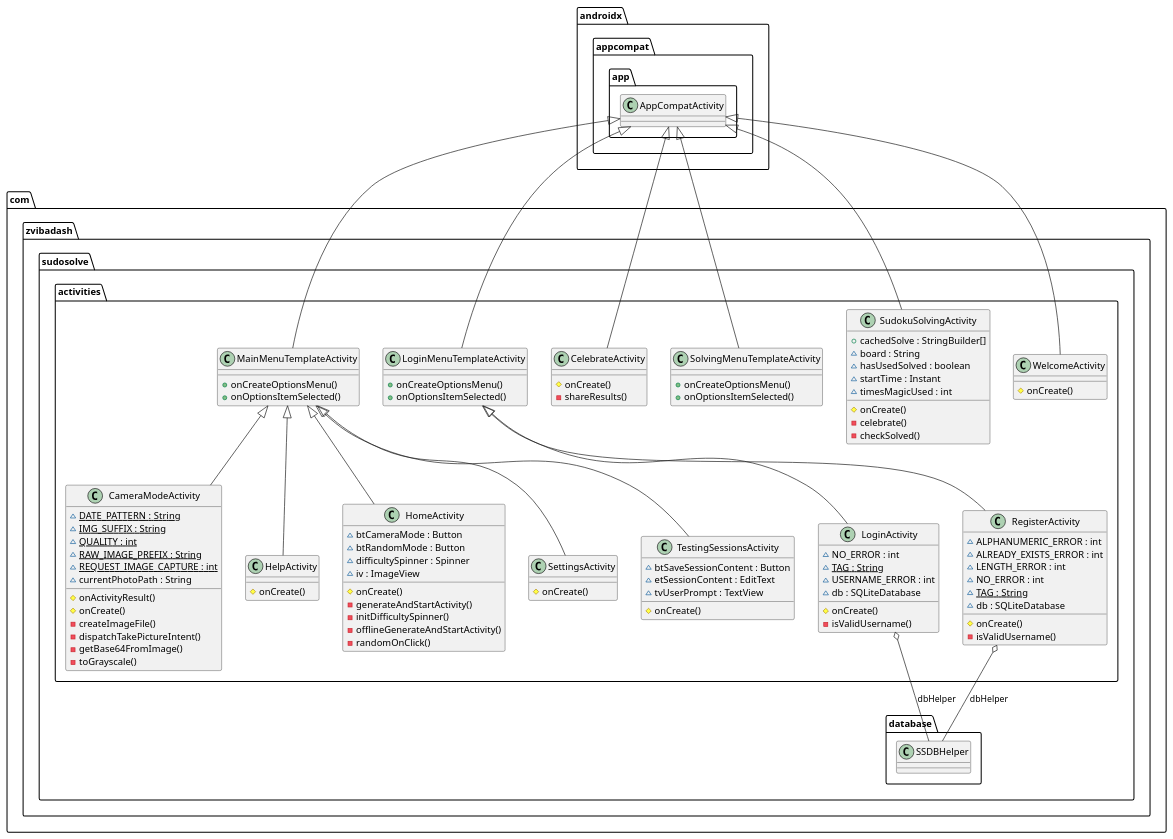
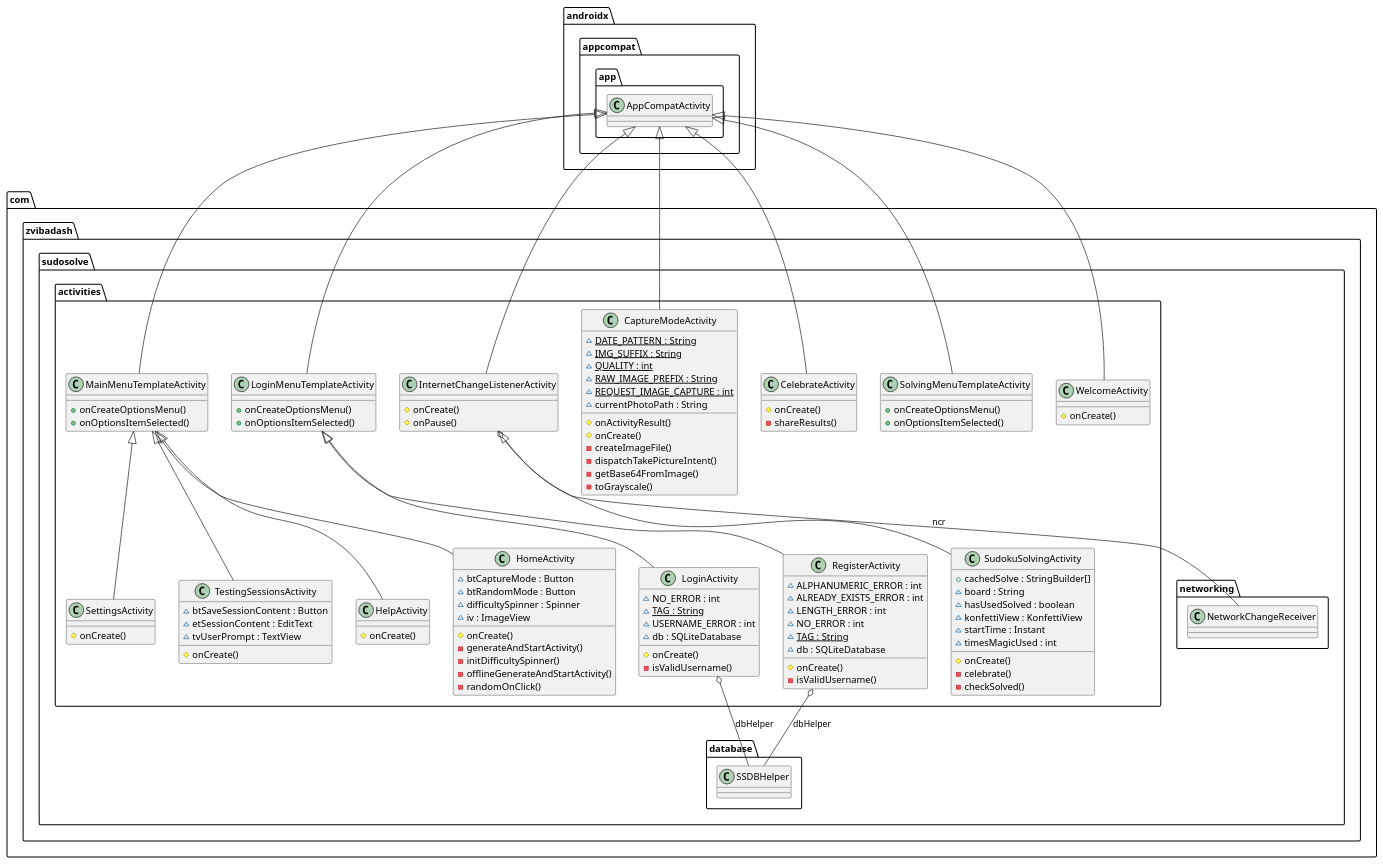
One commit to Zvi-Badash/Sudo-Solve changed the diagram in app/src/main/java/com/zvibadash/sudosolve/activities/activities.plantuml. Above: the diagram before and after it, drawn with PlantUML. The commit also changed 10 other files, not shown here.

```diff
--- a/app/src/main/java/com/zvibadash/sudosolve/activities/activities.plantuml
+++ b/app/src/main/java/com/zvibadash/sudosolve/activities/activities.plantuml
@@ -1,179 +1,192 @@
 @startuml
   namespace com.zvibadash.sudosolve {
     namespace activities {
-      class com.zvibadash.sudosolve.activities.CameraModeActivity {
+      class com.zvibadash.sudosolve.activities.CaptureModeActivity {
           {static} ~ DATE_PATTERN : String
           {static} ~ IMG_SUFFIX : String
           {static} ~ QUALITY : int
           {static} ~ RAW_IMAGE_PREFIX : String
           {static} ~ REQUEST_IMAGE_CAPTURE : int
           ~ currentPhotoPath : String
           # onActivityResult()
           # onCreate()
           - createImageFile()
           - dispatchTakePictureIntent()
           - getBase64FromImage()
           - toGrayscale()
       }
     }
   }
   
 
   namespace com.zvibadash.sudosolve {
     namespace activities {
       class com.zvibadash.sudosolve.activities.CelebrateActivity {
           # onCreate()
           - shareResults()
       }
     }
   }
   
 
   namespace com.zvibadash.sudosolve {
     namespace activities {
       class com.zvibadash.sudosolve.activities.HelpActivity {
           # onCreate()
       }
     }
   }
   
 
   namespace com.zvibadash.sudosolve {
     namespace activities {
       class com.zvibadash.sudosolve.activities.HomeActivity {
-          ~ btCameraMode : Button
+          ~ btCaptureMode : Button
           ~ btRandomMode : Button
           ~ difficultySpinner : Spinner
           ~ iv : ImageView
           # onCreate()
           - generateAndStartActivity()
           - initDifficultySpinner()
           - offlineGenerateAndStartActivity()
           - randomOnClick()
+      }
+    }
+  }
+  
+
+  namespace com.zvibadash.sudosolve {
+    namespace activities {
+      class com.zvibadash.sudosolve.activities.InternetChangeListenerActivity {
+          # onCreate()
+          # onPause()
       }
     }
   }
   
 
   namespace com.zvibadash.sudosolve {
     namespace activities {
       class com.zvibadash.sudosolve.activities.LoginActivity {
           ~ NO_ERROR : int
           {static} ~ TAG : String
           ~ USERNAME_ERROR : int
           ~ db : SQLiteDatabase
           # onCreate()
           - isValidUsername()
       }
     }
   }
   
 
   namespace com.zvibadash.sudosolve {
     namespace activities {
       class com.zvibadash.sudosolve.activities.LoginMenuTemplateActivity {
           + onCreateOptionsMenu()
           + onOptionsItemSelected()
       }
     }
   }
   
 
   namespace com.zvibadash.sudosolve {
     namespace activities {
       class com.zvibadash.sudosolve.activities.MainMenuTemplateActivity {
           + onCreateOptionsMenu()
           + onOptionsItemSelected()
       }
     }
   }
   
 
   namespace com.zvibadash.sudosolve {
     namespace activities {
       class com.zvibadash.sudosolve.activities.RegisterActivity {
           ~ ALPHANUMERIC_ERROR : int
           ~ ALREADY_EXISTS_ERROR : int
           ~ LENGTH_ERROR : int
           ~ NO_ERROR : int
           {static} ~ TAG : String
           ~ db : SQLiteDatabase
           # onCreate()
           - isValidUsername()
       }
     }
   }
   
 
   namespace com.zvibadash.sudosolve {
     namespace activities {
       class com.zvibadash.sudosolve.activities.SettingsActivity {
           # onCreate()
       }
     }
   }
   
 
   namespace com.zvibadash.sudosolve {
     namespace activities {
       class com.zvibadash.sudosolve.activities.SolvingMenuTemplateActivity {
           + onCreateOptionsMenu()
           + onOptionsItemSelected()
       }
     }
   }
   
 
   namespace com.zvibadash.sudosolve {
     namespace activities {
       class com.zvibadash.sudosolve.activities.SudokuSolvingActivity {
           + cachedSolve : StringBuilder[]
           ~ board : String
           ~ hasUsedSolved : boolean
+          ~ konfettiView : KonfettiView
           ~ startTime : Instant
           ~ timesMagicUsed : int
           # onCreate()
           - celebrate()
           - checkSolved()
       }
     }
   }
-  
+
 
   namespace com.zvibadash.sudosolve {
     namespace activities {
       class com.zvibadash.sudosolve.activities.TestingSessionsActivity {
           ~ btSaveSessionContent : Button
           ~ etSessionContent : EditText
           ~ tvUserPrompt : TextView
           # onCreate()
       }
     }
   }
-  
+
 
   namespace com.zvibadash.sudosolve {
     namespace activities {
       class com.zvibadash.sudosolve.activities.WelcomeActivity {
           # onCreate()
       }
     }
   }
-  
 
-  com.zvibadash.sudosolve.activities.CameraModeActivity -up-|> com.zvibadash.sudosolve.activities.MainMenuTemplateActivity
+
+  com.zvibadash.sudosolve.activities.CaptureModeActivity -up-|> androidx.appcompat.app.AppCompatActivity
   com.zvibadash.sudosolve.activities.CelebrateActivity -up-|> androidx.appcompat.app.AppCompatActivity
   com.zvibadash.sudosolve.activities.HelpActivity -up-|> com.zvibadash.sudosolve.activities.MainMenuTemplateActivity
   com.zvibadash.sudosolve.activities.HomeActivity -up-|> com.zvibadash.sudosolve.activities.MainMenuTemplateActivity
+  com.zvibadash.sudosolve.activities.InternetChangeListenerActivity -up-|> androidx.appcompat.app.AppCompatActivity
+  com.zvibadash.sudosolve.activities.InternetChangeListenerActivity o-- com.zvibadash.sudosolve.networking.NetworkChangeReceiver : ncr
   com.zvibadash.sudosolve.activities.LoginActivity -up-|> com.zvibadash.sudosolve.activities.LoginMenuTemplateActivity
   com.zvibadash.sudosolve.activities.LoginActivity o-- com.zvibadash.sudosolve.database.SSDBHelper : dbHelper
   com.zvibadash.sudosolve.activities.LoginMenuTemplateActivity -up-|> androidx.appcompat.app.AppCompatActivity
   com.zvibadash.sudosolve.activities.MainMenuTemplateActivity -up-|> androidx.appcompat.app.AppCompatActivity
   com.zvibadash.sudosolve.activities.RegisterActivity -up-|> com.zvibadash.sudosolve.activities.LoginMenuTemplateActivity
   com.zvibadash.sudosolve.activities.RegisterActivity o-- com.zvibadash.sudosolve.database.SSDBHelper : dbHelper
   com.zvibadash.sudosolve.activities.SettingsActivity -up-|> com.zvibadash.sudosolve.activities.MainMenuTemplateActivity
   com.zvibadash.sudosolve.activities.SolvingMenuTemplateActivity -up-|> androidx.appcompat.app.AppCompatActivity
-  com.zvibadash.sudosolve.activities.SudokuSolvingActivity -up-|> androidx.appcompat.app.AppCompatActivity
+  com.zvibadash.sudosolve.activities.SudokuSolvingActivity -up-|> com.zvibadash.sudosolve.activities.InternetChangeListenerActivity
   com.zvibadash.sudosolve.activities.TestingSessionsActivity -up-|> com.zvibadash.sudosolve.activities.MainMenuTemplateActivity
   com.zvibadash.sudosolve.activities.WelcomeActivity -up-|> androidx.appcompat.app.AppCompatActivity
 @enduml
```
